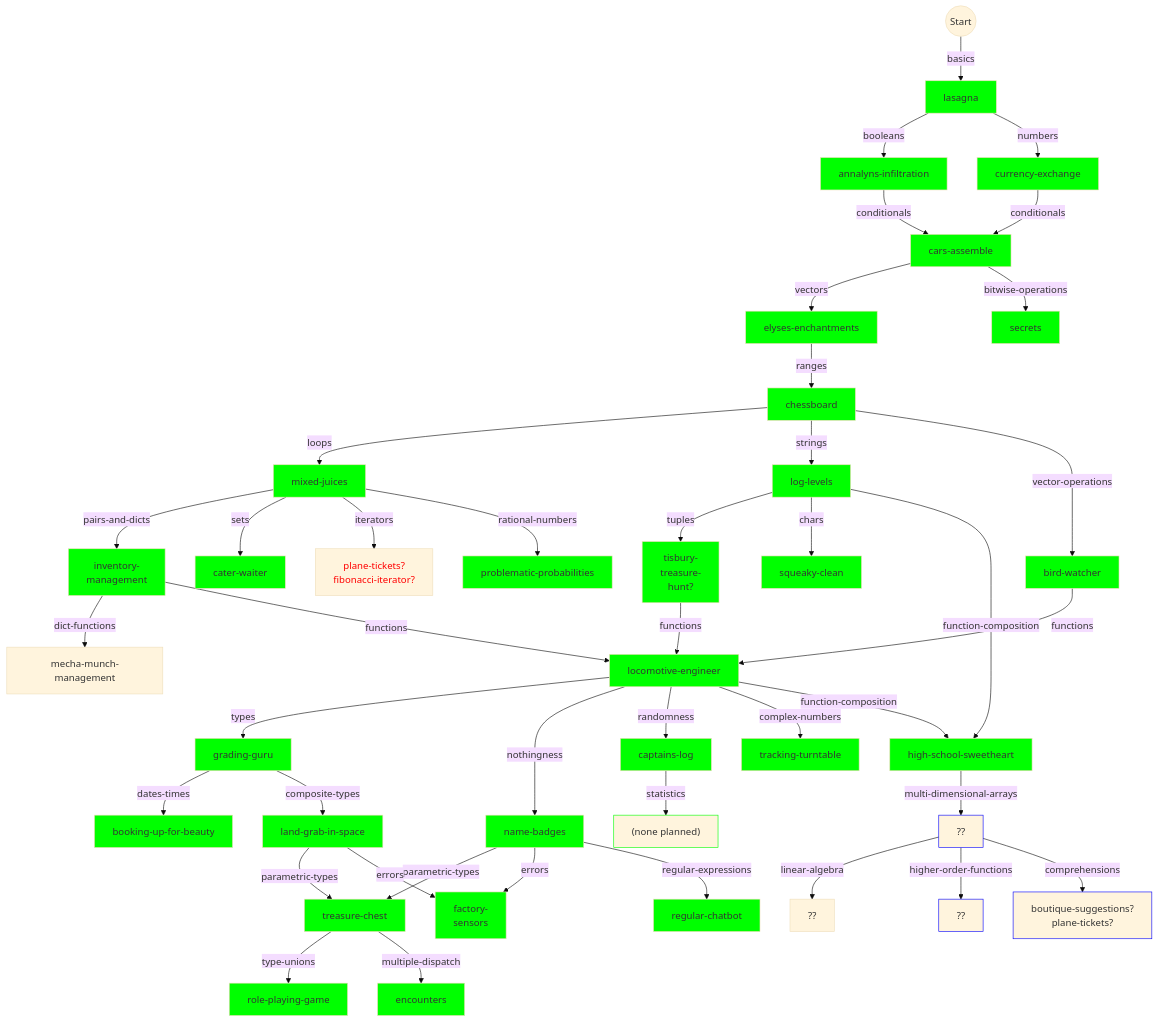
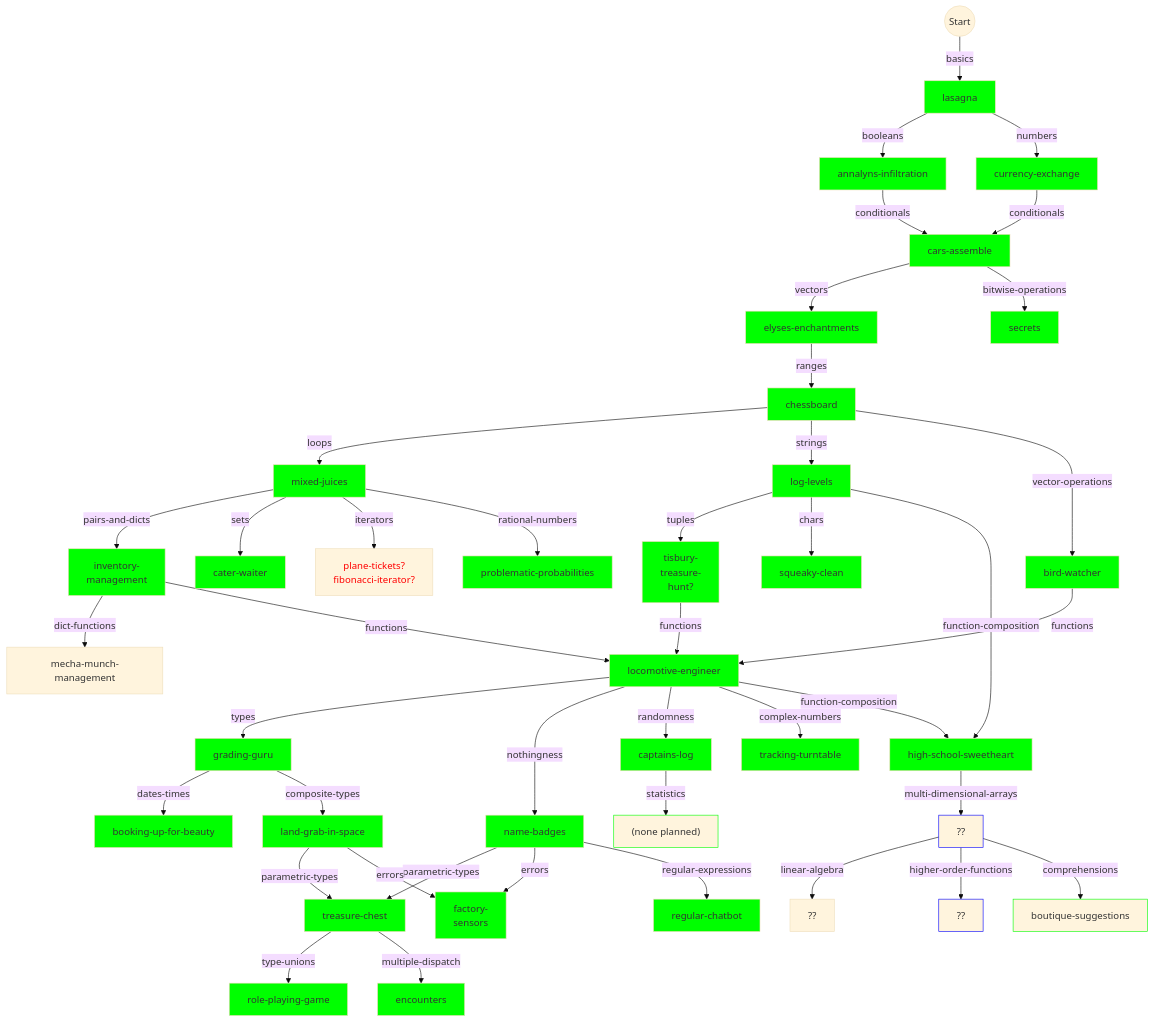
The diagram in julia/flowchart.md (colinleach/learning-track-doodles), drawn with Mermaid (base theme) before and after one commit.

Commit message:
small update

````diff
--- a/julia/flowchart.md
+++ b/julia/flowchart.md
@@ -126,7 +126,7 @@
 loops --rational-numbers--> rational-numbers["problematic-probabilities"]
 style rational-numbers fill:#0f0
 
-multi-dimensional-arrays --comprehensions--> comprehensions["boutique-suggestions?<br/>plane-tickets?"]
-style comprehensions stroke:#00f
+multi-dimensional-arrays --comprehensions--> comprehensions["boutique-suggestions"]
+style comprehensions stroke:#0f0
 
 ```
````
